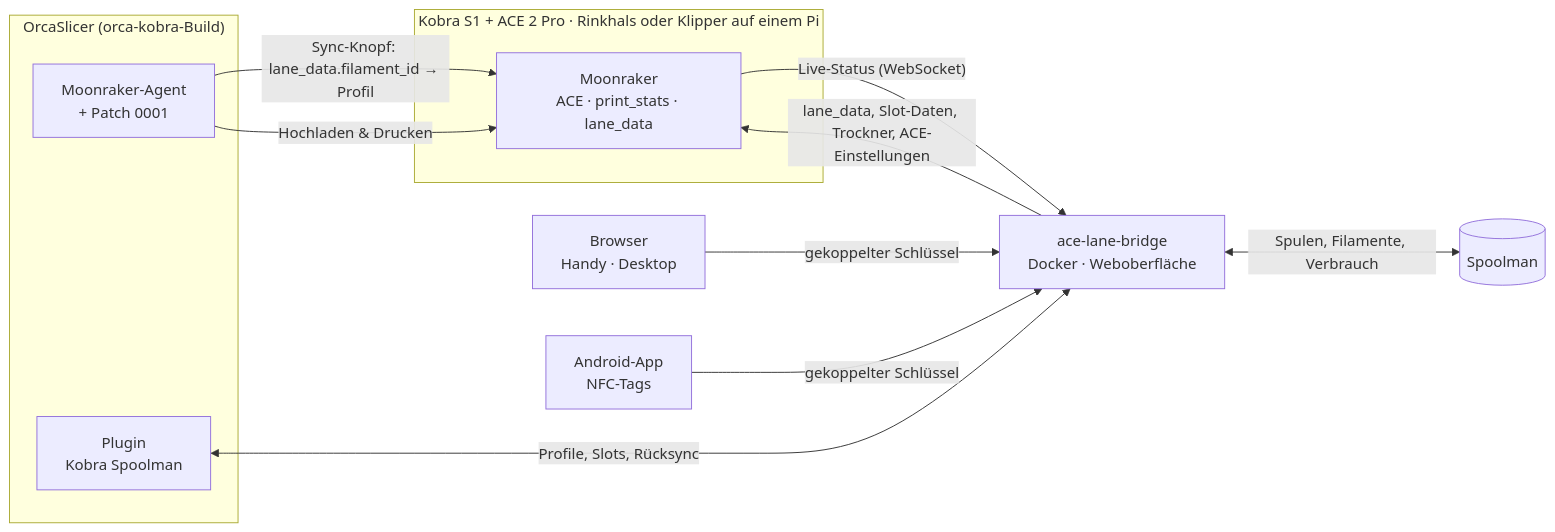
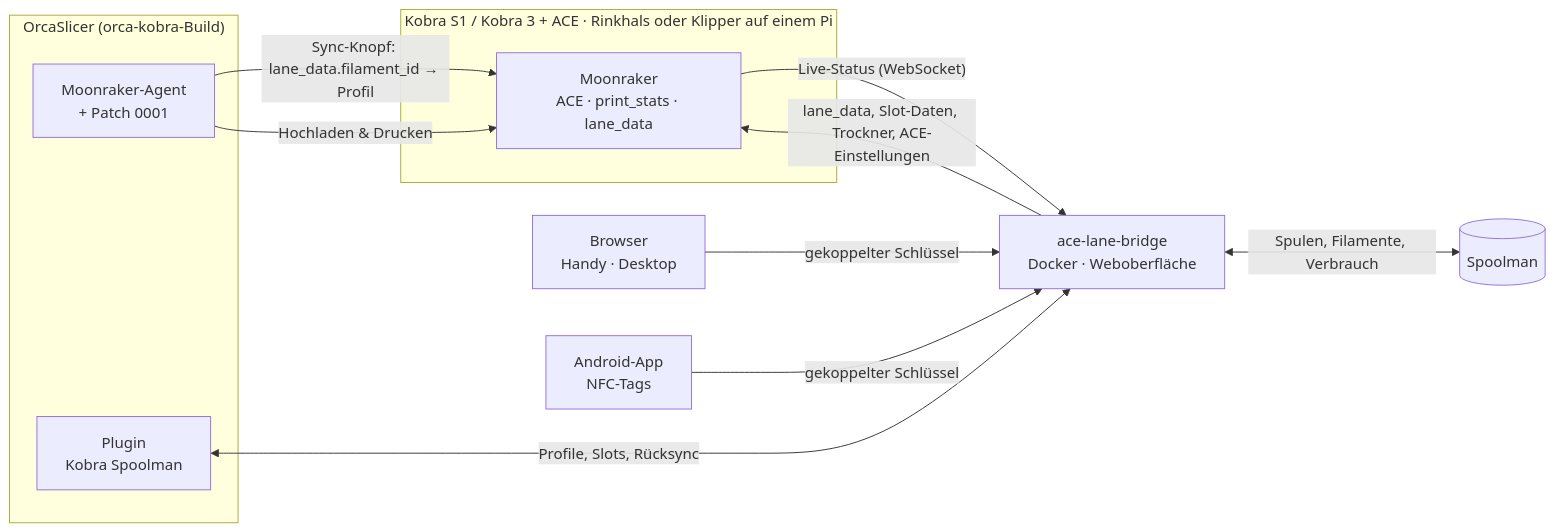
Before and after one commit to xNoVoSx/kobra-spoolman: the diagram in README.de.md, drawn with Mermaid. The commit also changed other lines of this file and 15 other files, not shown here.

````diff
--- a/README.de.md
+++ b/README.de.md
@@ -70,23 +70,23 @@
 ```mermaid
 flowchart LR
-    subgraph Printer["Kobra S1 + ACE 2 Pro · Rinkhals oder Klipper auf einem Pi"]
+    subgraph Printer["Kobra S1 / Kobra 3 + ACE · Rinkhals oder Klipper auf einem Pi"]
         MR[Moonraker<br/>ACE · print_stats · lane_data]
     end
     SM[(Spoolman)]
     BR[ace-lane-bridge<br/>Docker · Weboberfläche]
     subgraph PC["OrcaSlicer (orca-kobra-Build)"]
         AG[Moonraker-Agent<br/>+ Patch 0001]
         PL[Plugin<br/>Kobra Spoolman]
     end
     Web[Browser<br/>Handy · Desktop]
     App[Android-App<br/>NFC-Tags]
 
     MR -- "Live-Status (WebSocket)" --> BR
     BR -- "lane_data, Slot-Daten, Trockner, ACE-Einstellungen" --> MR
     BR <-->|"Spulen, Filamente, Verbrauch"| SM
     Web -- "gekoppelter Schlüssel" --> BR
     App -- "gekoppelter Schlüssel" --> BR
     PL <-->|"Profile, Slots, Rücksync"| BR
     AG -- "Sync-Knopf: lane_data.filament_id → Profil" --> MR
     AG -- "Hochladen & Drucken" --> MR
 ```
````
